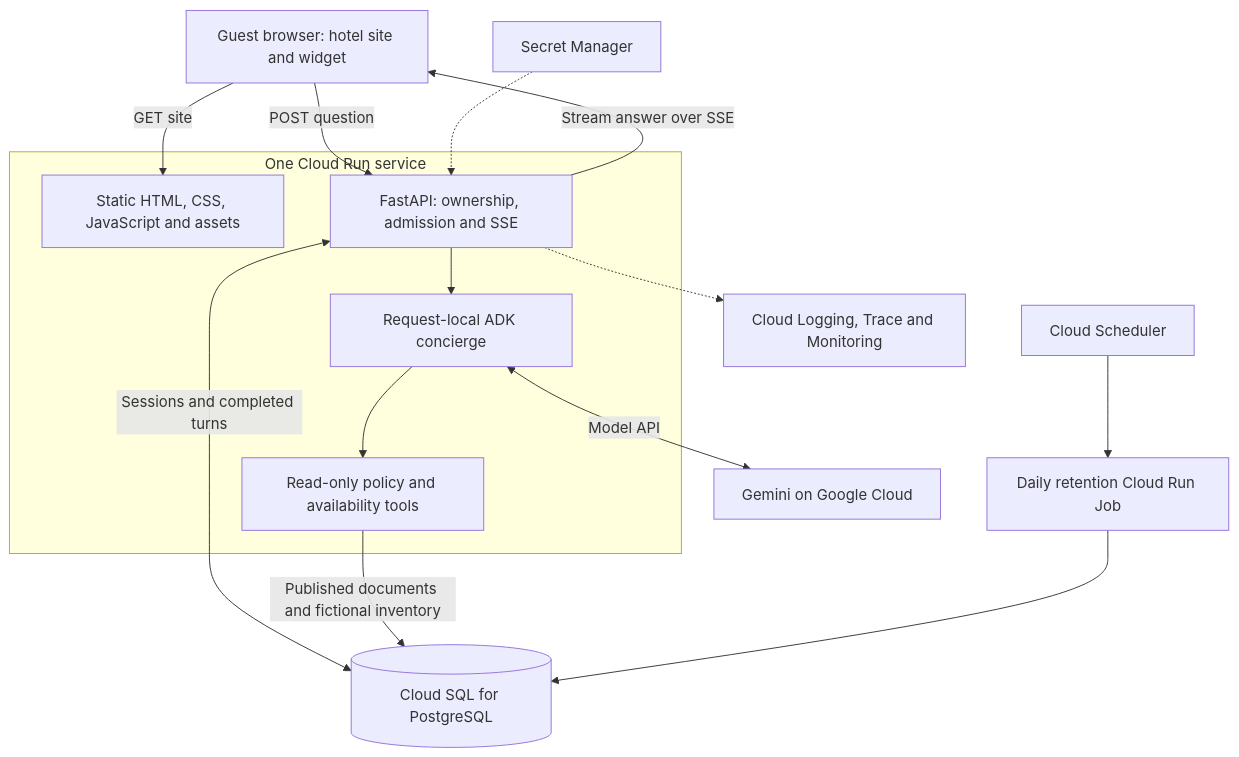
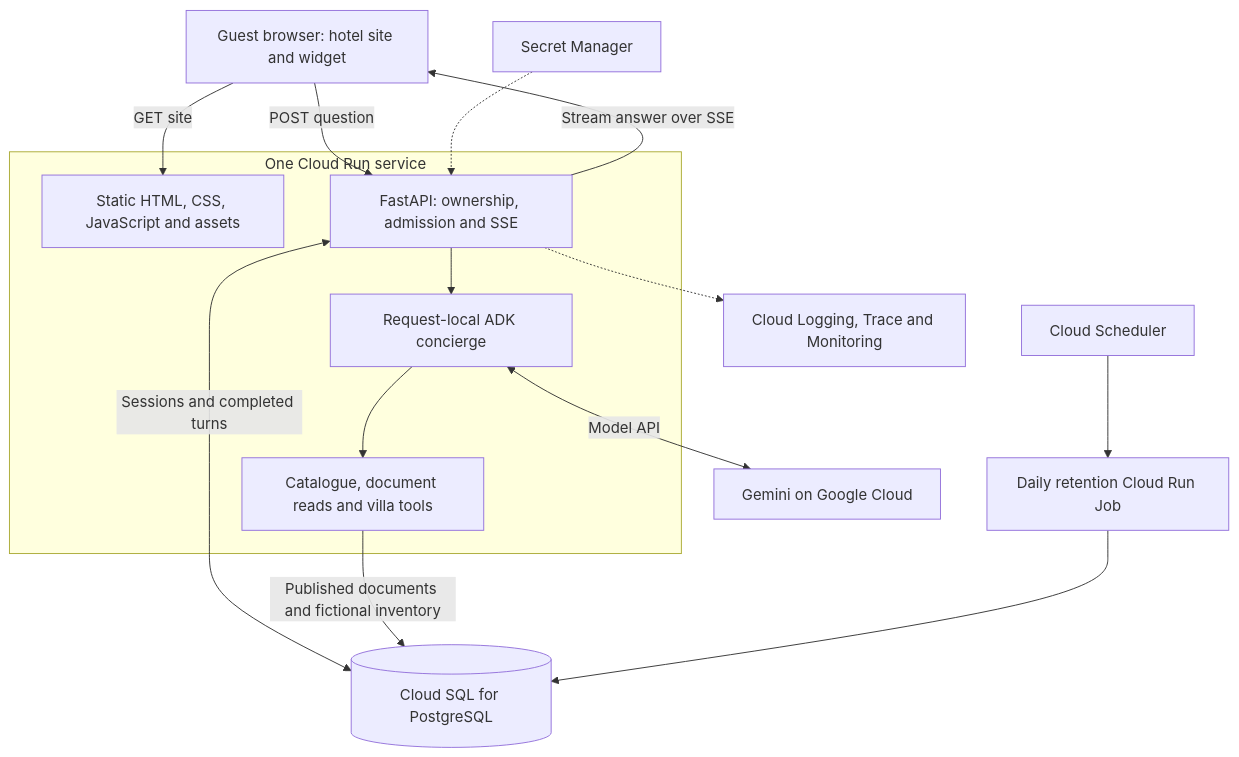
Before and after one commit to the-ai-engineer/hotel-ai-agent: the first of 2 diagrams in docs/Architecture.md, drawn with Mermaid. The commit also changed other lines of this file and 7 other files, not shown here.

Commit message:
docs: use catalogue and document reads for hotel policies (#17)

````diff
--- a/docs/Architecture.md
+++ b/docs/Architecture.md
@@ -11,21 +11,21 @@
 ```mermaid
 flowchart TB
     Guest[Guest browser: hotel site and widget]
     subgraph Service[One Cloud Run service]
         Site[Static HTML, CSS, JavaScript and assets]
         API[FastAPI: ownership, admission and SSE]
         Agent[Request-local ADK concierge]
-        Tools[Read-only policy and availability tools]
+        Tools[Catalogue, document reads and villa tools]
         API --> Agent --> Tools
     end
     Guest -->|GET site| Site
     Guest -->|POST question| API
     API -->|Stream answer over SSE| Guest
     Agent <-->|Model API| Gemini[Gemini on Google Cloud]
     API <-->|Sessions and completed turns| DB[(Cloud SQL for PostgreSQL)]
     Tools -->|Published documents and fictional inventory| DB
     Secrets[Secret Manager] -.-> API
     API -.-> Ops[Cloud Logging, Trace and Monitoring]
     Scheduler[Cloud Scheduler] --> Cleanup[Daily retention Cloud Run Job]
     Cleanup --> DB
 ```
````
